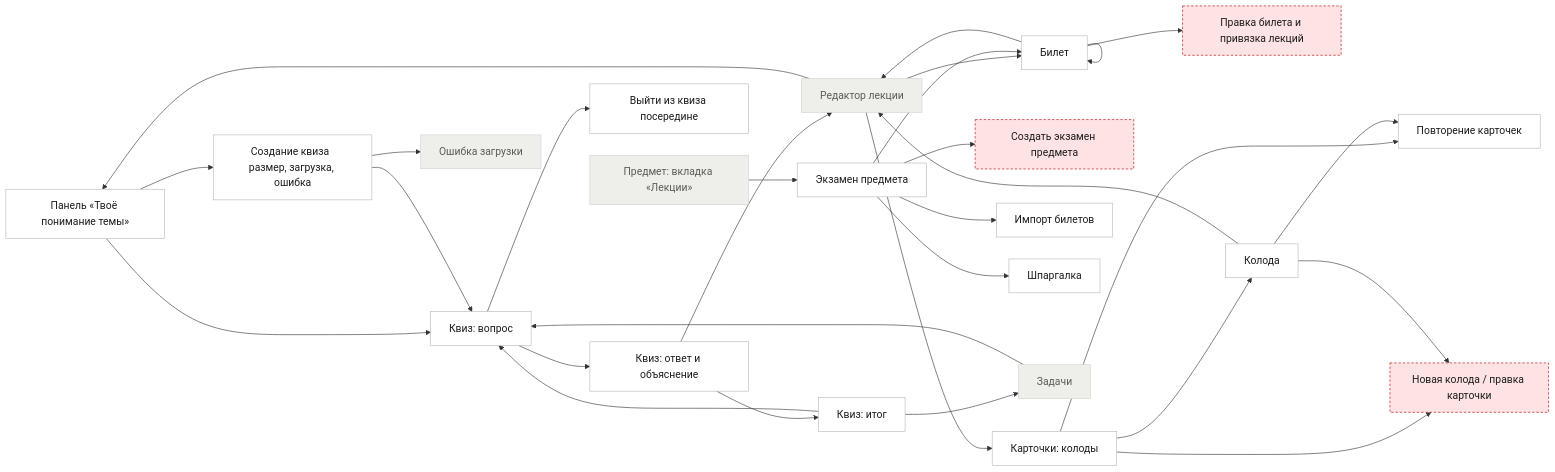
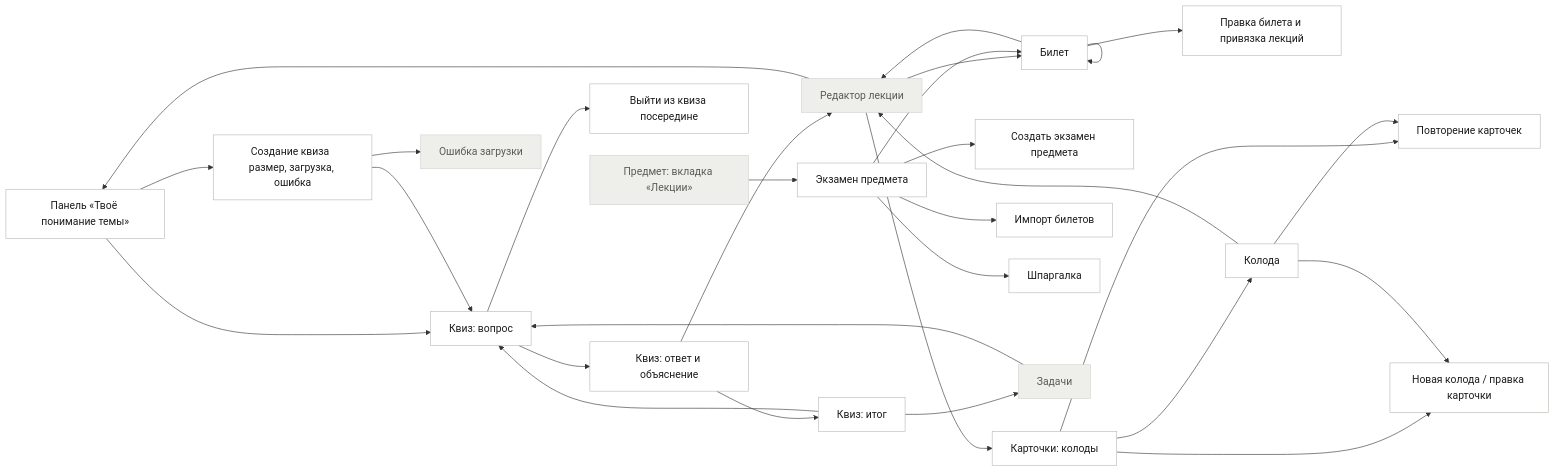
Before and after one commit to misha-quartzevsky/cohorta: the fourth of 6 diagrams in docs/design/ia/userflow.md, drawn with Mermaid. The commit also changed other lines of this file and 1 other file, not shown here.

````diff
--- a/docs/design/ia/userflow.md
+++ b/docs/design/ia/userflow.md
@@ -267,76 +261,76 @@
 ```mermaid
 %%{init:{"themeVariables":{"fontSize":"17px"},"flowchart":{"nodeSpacing":36,"rankSpacing":80,"curve":"basis"}}}%%
 flowchart LR
   understanding["Панель «Твоё понимание темы»"]
   quiz_create["Создание квиза  размер, загрузка, ошибка "]
   quiz_q["Квиз: вопрос"]
   quiz_a["Квиз: ответ и объяснение"]
   quiz_sum["Квиз: итог"]
   quiz_exit["Выйти из квиза посередине"]
   cards["Карточки: колоды"]
   deck["Колода"]
   deck_edit["Новая колода / правка карточки"]
   cards_review["Повторение карточек"]
   exam["Экзамен предмета"]
   exam_new["Создать экзамен предмета"]
   ticket["Билет"]
   ticket_edit["Правка билета и привязка лекций"]
   ticket_import["Импорт билетов"]
   cheatsheet["Шпаргалка"]
   editor["Редактор лекции"]
   error["Ошибка загрузки"]
   subject["Предмет: вкладка «Лекции»"]
   tasks["Задачи"]
   subject --> exam
   editor --> understanding
   editor --> ticket
   editor --> cards
   understanding --> quiz_create
   understanding --> quiz_q
   quiz_create --> quiz_q
   quiz_create --> error
   quiz_q --> quiz_a
   quiz_q --> quiz_exit
   quiz_a --> editor
   quiz_a --> quiz_sum
   quiz_sum --> quiz_q
   quiz_sum --> tasks
   tasks --> quiz_q
   cards --> deck
   cards --> cards_review
   cards --> deck_edit
   deck --> cards_review
   deck --> deck_edit
   deck --> editor
   exam --> ticket
   exam --> ticket_import
   exam --> cheatsheet
   exam --> exam_new
   ticket --> ticket_edit
   ticket --> editor
   ticket --> ticket
   classDef ok fill:#FFFFFF,stroke:#B8B8B2,color:#1C1B19
   classDef no fill:#FDE3E3,stroke:#B00008,stroke-dasharray:4 3,color:#1C1B19
   classDef ex fill:#EEEEEB,stroke:#D2D2CD,color:#5A5A56
   classDef vi fill:#FDEBDB,stroke:#E86800,color:#1C1B19
   class understanding ok
   class quiz_create ok
   class quiz_q ok
   class quiz_a ok
   class quiz_sum ok
   class quiz_exit ok
   class cards ok
   class deck ok
-  class deck_edit no
+  class deck_edit ok
   class cards_review ok
   class exam ok
-  class exam_new no
+  class exam_new ok
   class ticket ok
-  class ticket_edit no
+  class ticket_edit ok
   class ticket_import ok
   class cheatsheet ok
   class editor ex
   class error ex
   class subject ex
   class tasks ex
 ```
````
